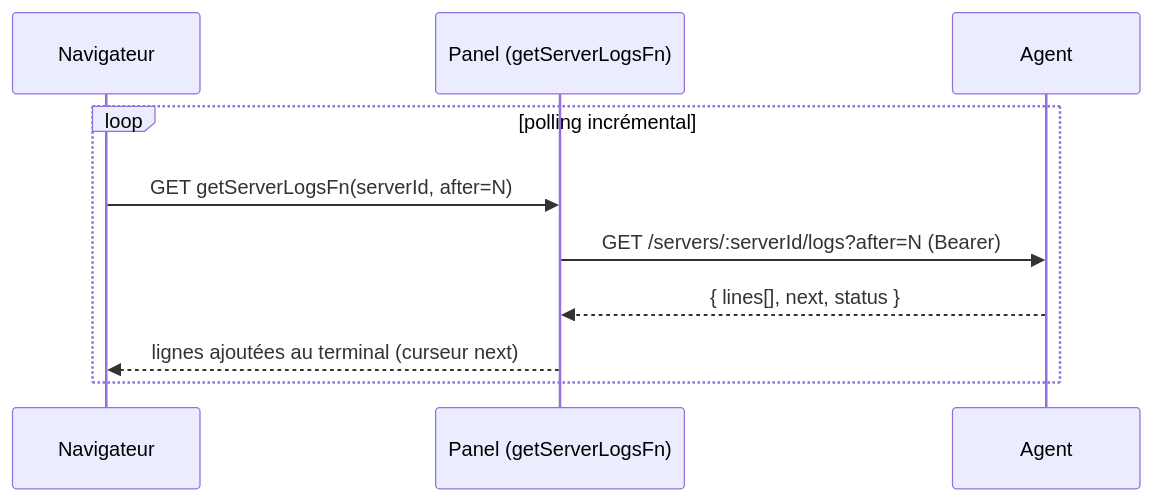
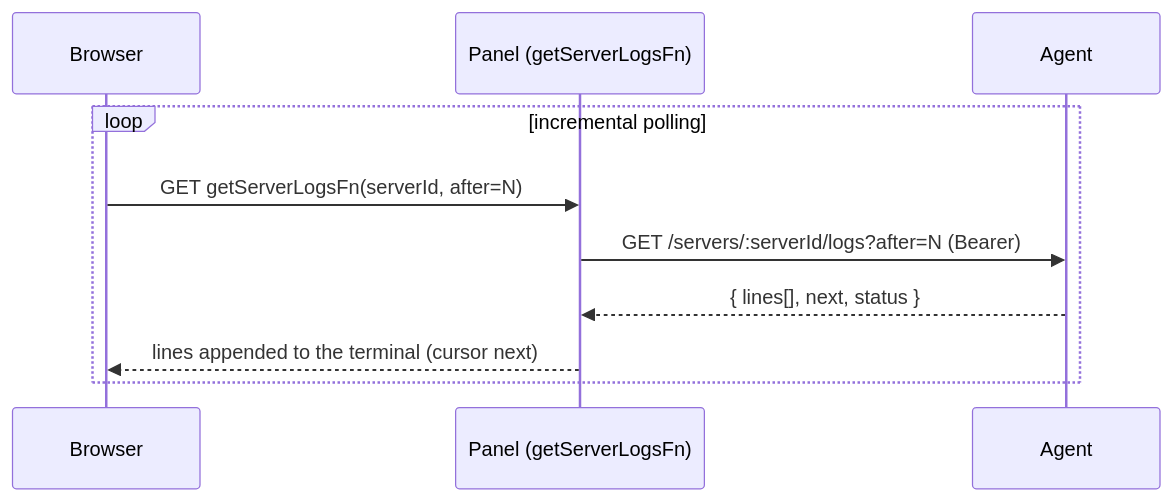
One commit to mojito-panel/panel changed the fifth of 9 diagrams in docs/communications.md. Above: the diagram before and after it, drawn with Mermaid. The commit also changed other lines of this file and 81 other files, not shown here.

````diff
--- a/docs/communications.md
+++ b/docs/communications.md
@@ -164,13 +164,13 @@
 ```mermaid
 sequenceDiagram
-    participant N as Navigateur
+    participant N as Browser
     participant P as Panel (getServerLogsFn)
     participant A as Agent
 
-    loop polling incrémental
+    loop incremental polling
         N->>P: GET getServerLogsFn(serverId, after=N)
         P->>A: GET /servers/:serverId/logs?after=N (Bearer)
         A-->>P: { lines[], next, status }
-        P-->>N: lignes ajoutées au terminal (curseur next)
+        P-->>N: lines appended to the terminal (cursor next)
     end
 ```
````
